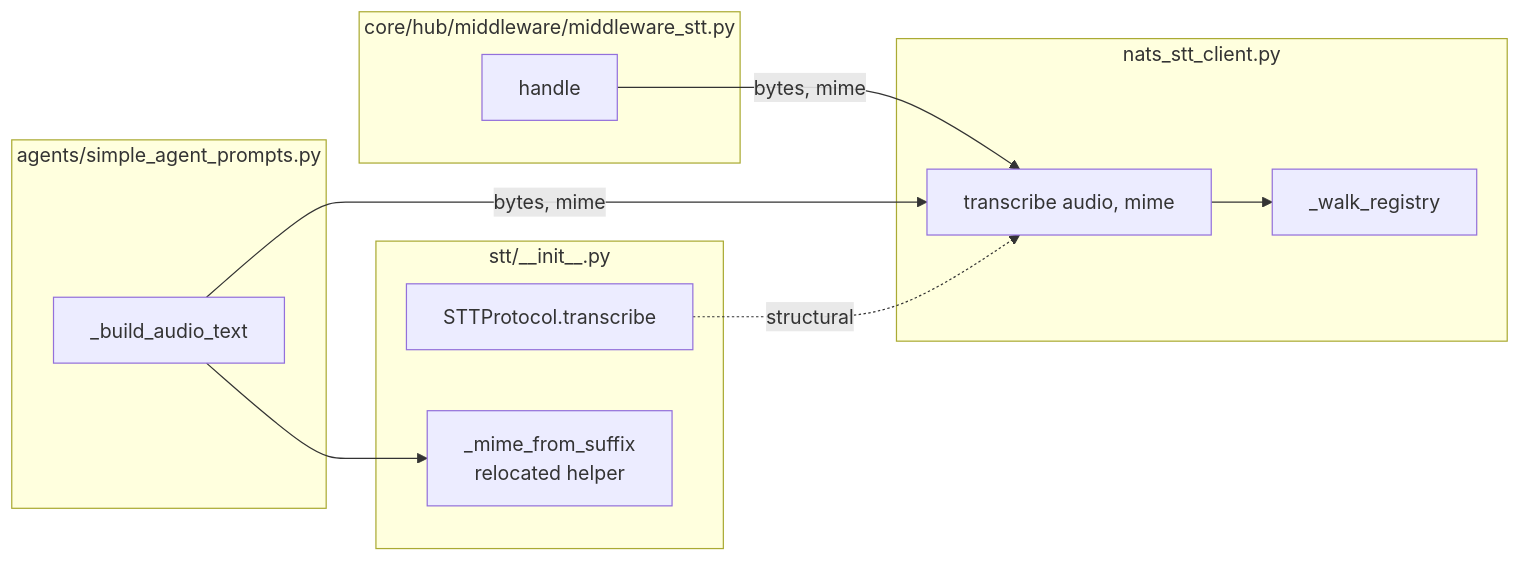
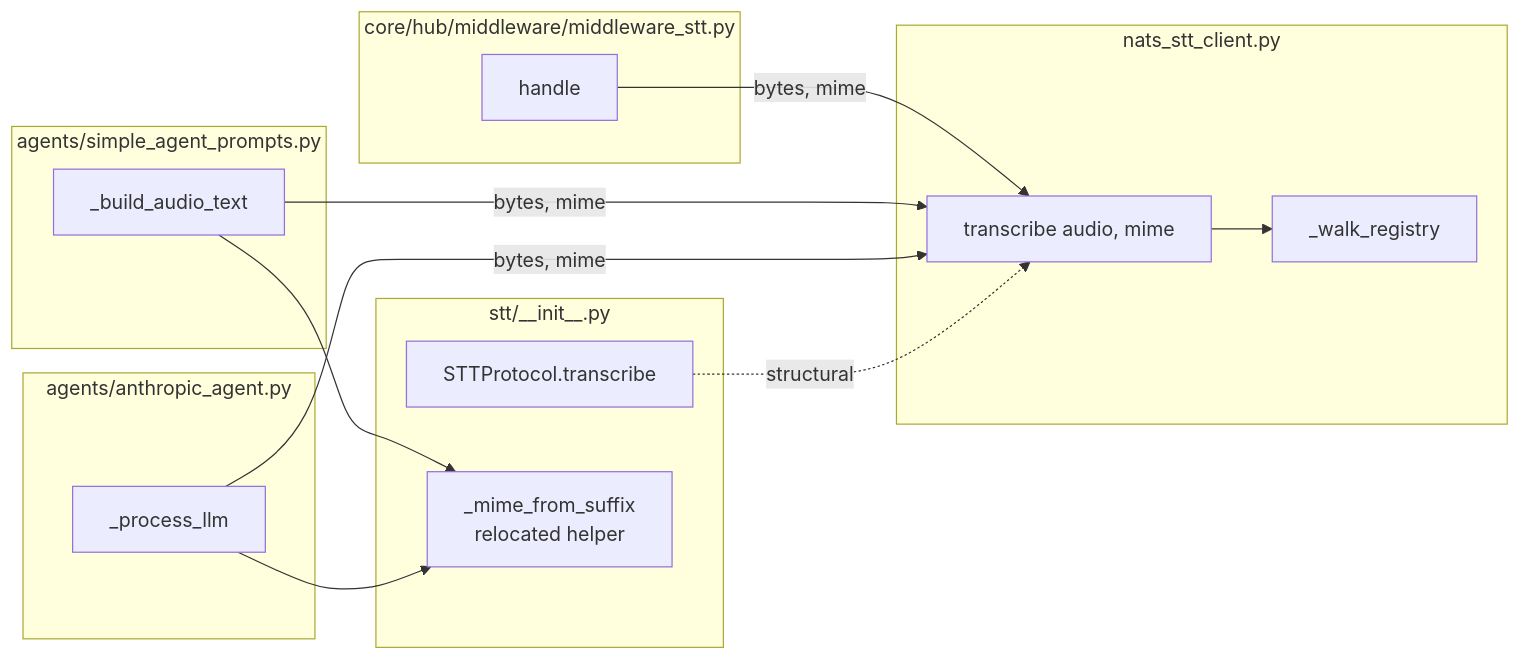
Before and after one commit to Roxabi/lyra: the second of 2 diagrams in artifacts/plans/852-transcribe-bytes-signature-plan.mdx, drawn with Mermaid. The commit also changed other lines of this file and 11 other files, not shown here.

````diff
--- a/artifacts/plans/852-transcribe-bytes-signature-plan.mdx
+++ b/artifacts/plans/852-transcribe-bytes-signature-plan.mdx
@@ -41,20 +43,24 @@
 ```mermaid
 flowchart LR
     subgraph nats_stt_client.py
         T[transcribe audio, mime]
         W[_walk_registry]
     end
     subgraph stt/__init__.py
         P[STTProtocol.transcribe]
         M[_mime_from_suffix<br/>relocated helper]
     end
     subgraph core/hub/middleware/middleware_stt.py
         MH[handle] -->|bytes, mime| T
     end
     subgraph agents/simple_agent_prompts.py
         BAT[_build_audio_text] -->|bytes, mime| T
         BAT --> M
     end
+    subgraph agents/anthropic_agent.py
+        PL[_process_llm] -->|bytes, mime| T
+        PL --> M
+    end
     T --> W
     P -.structural.-> T
 ```
````
